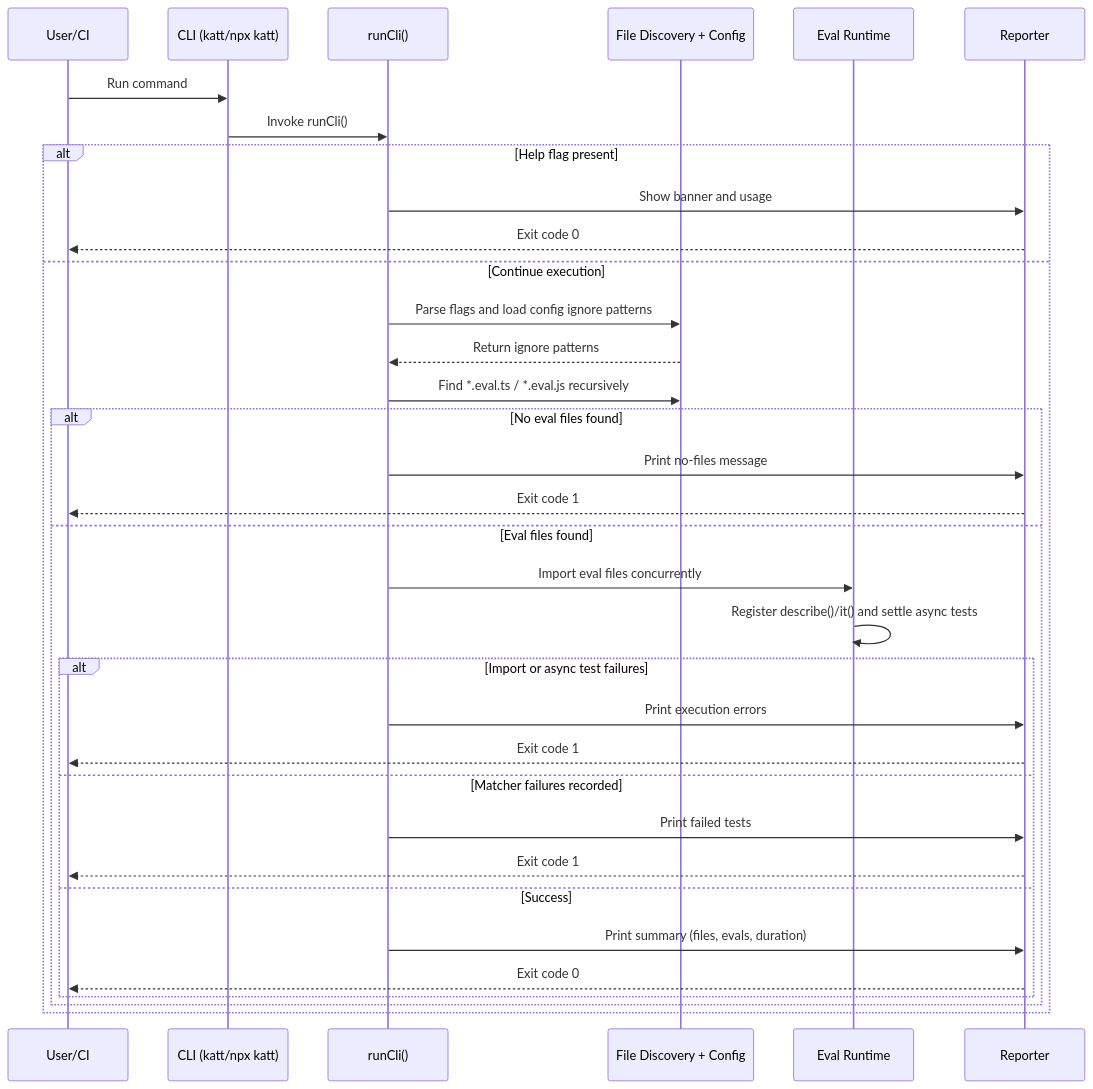
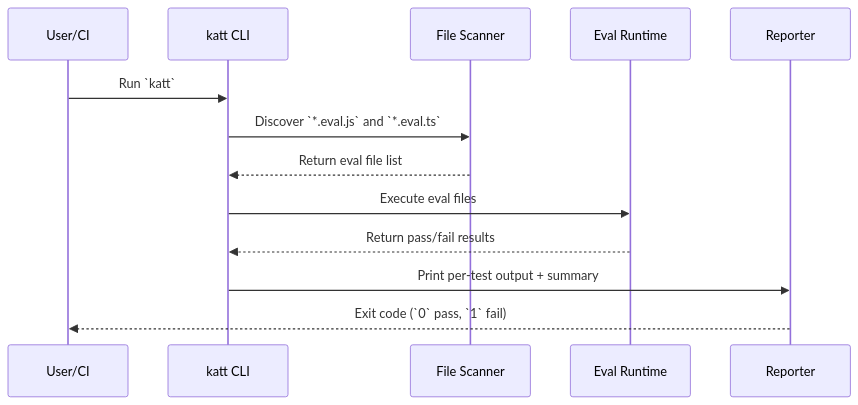
Before and after one commit to raphaelpor/katt: the first of 2 diagrams in README.md, drawn with Mermaid.

Commit message:
Simplify README mermaid sequence diagram
Streamline the README's mermaid sequence diagram into a concise end-to-end flow: renamed participants (CLI -> "katt CLI", FS -> "File Scanner", Reporter -> Report), removed the intermediate Runner and branching/details, and condensed steps to discovery, execution, and reporting. Also clarifies the command (`katt`) and file patterns (`*.eval.js`, `*.eval.ts`) and the reported exit codes.

````diff
--- a/README.md
+++ b/README.md
@@ -217,37 +217,16 @@
 ```mermaid
 sequenceDiagram
   participant User as User/CI
-  participant CLI as CLI (katt/npx katt)
-  participant Runner as runCli()
-  participant FS as File Discovery + Config
+  participant CLI as katt CLI
+  participant FS as File Scanner
   participant Eval as Eval Runtime
-  participant Reporter as Reporter
+  participant Report as Reporter
 
-  User->>CLI: Run command
-  CLI->>Runner: Invoke runCli()
-  alt Help flag present
-    Runner->>Reporter: Show banner and usage
-    Reporter-->>User: Exit code 0
-  else Continue execution
-    Runner->>FS: Parse flags and load config ignore patterns
-    FS-->>Runner: Return ignore patterns
-    Runner->>FS: Find *.eval.ts / *.eval.js recursively
-    alt No eval files found
-      Runner->>Reporter: Print no-files message
-      Reporter-->>User: Exit code 1
-    else Eval files found
-      Runner->>Eval: Import eval files concurrently
-      Eval->>Eval: Register describe()/it() and settle async tests
-      alt Import or async test failures
-        Runner->>Reporter: Print execution errors
-        Reporter-->>User: Exit code 1
-      else Matcher failures recorded
-        Runner->>Reporter: Print failed tests
-        Reporter-->>User: Exit code 1
-      else Success
-        Runner->>Reporter: Print summary (files, evals, duration)
-        Reporter-->>User: Exit code 0
-      end
-    end
-  end
+  User->>CLI: Run `katt`
+  CLI->>FS: Discover `*.eval.js` and `*.eval.ts`
+  FS-->>CLI: Return eval file list
+  CLI->>Eval: Execute eval files
+  Eval-->>CLI: Return pass/fail results
+  CLI->>Report: Print per-test output + summary
+  Report-->>User: Exit code (`0` pass, `1` fail)
 ```
````
